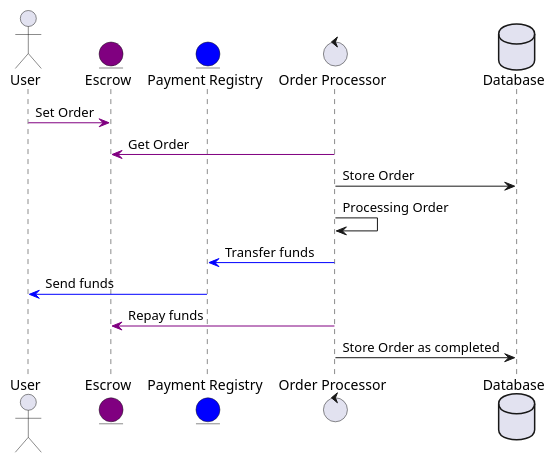
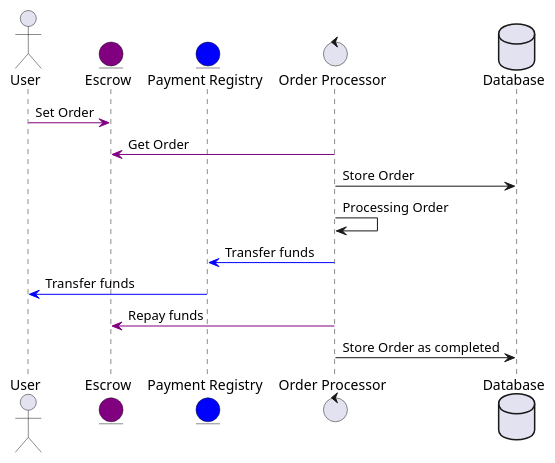
The diagram in mm-bot/docs/diagrams/order_processing.puml (yetanotherco/yet-another-bridge), drawn with PlantUML before and after one commit.

Commit message:
fix: use 'transfer' instead of 'send'

```diff
--- a/mm-bot/docs/diagrams/order_processing.puml
+++ b/mm-bot/docs/diagrams/order_processing.puml
@@ -1,18 +1,18 @@
 @startuml
 actor User as U
 entity Escrow as E #purple
 entity "Payment Registry" as PR #blue
 control "Order Processor" as OP
 database Database
 
 U -[#purple]> E : Set Order
 OP -[#purple]> E : Get Order
 OP -> Database : Store Order
 OP -> OP : Processing Order
 OP -[#blue]> PR : Transfer funds
-PR -[#blue]> U: Send funds
+PR -[#blue]> U: Transfer funds
 OP -[#purple]> E : Repay funds
 OP -> Database : Store Order as completed
 
 
 @enduml
```
